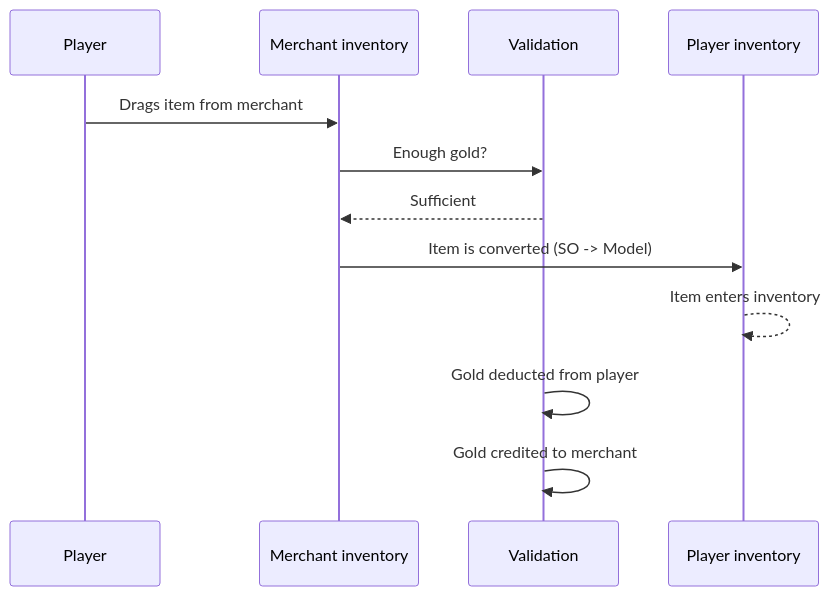
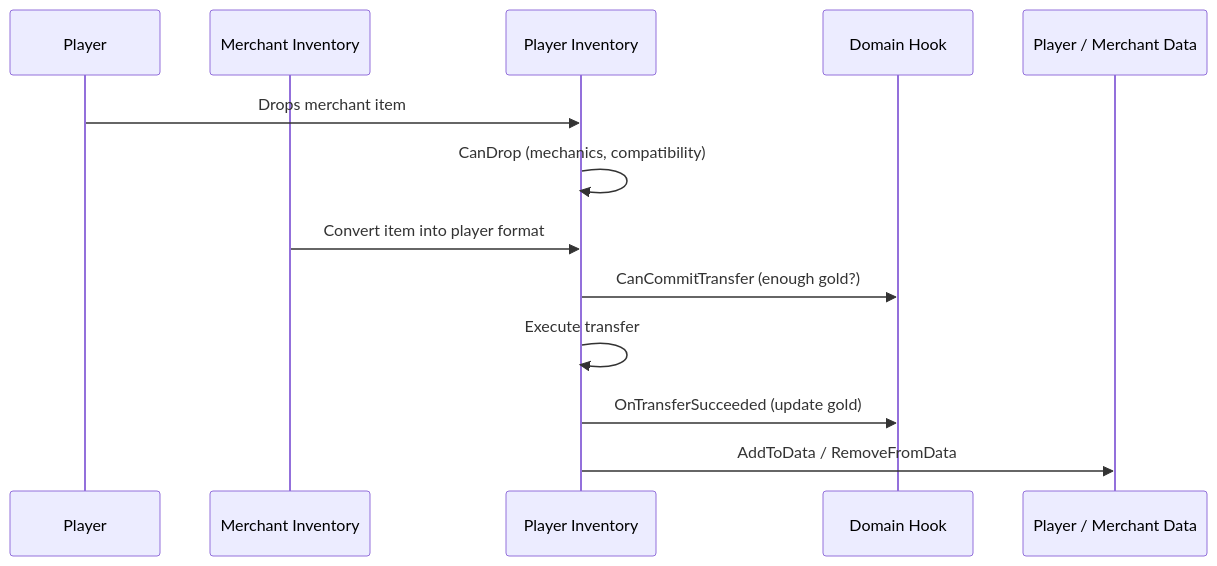
Before and after one commit to SergeevSergey99/DragAndDropSystem-Docs: the second of 2 diagrams in .docs/content/examples/trading.en.md, drawn with Mermaid. The commit also changed other lines of this file and 16 other files, not shown here.

````diff
--- a/.docs/content/examples/trading.en.md
+++ b/.docs/content/examples/trading.en.md
@@ -38,15 +38,16 @@
 ```mermaid
 sequenceDiagram
-    participant P as Player
-    participant M as Merchant inventory
-    participant V as Validation
-    participant PI as Player inventory
+    participant U as Player
+    participant M as Merchant Inventory
+    participant P as Player Inventory
+    participant D as Domain Hook
+    participant Data as Player / Merchant Data
 
-    P->>M: Drags item from merchant
-    M->>V: Enough gold?
-    V-->>M: Sufficient
-    M->>PI: Item is converted (SO -> Model)
-    PI-->>PI: Item enters inventory
-    V->>V: Gold deducted from player
-    V->>V: Gold credited to merchant
+    U->>P: Drops merchant item
+    P->>P: CanDrop (mechanics, compatibility)
+    M->>P: Convert item into player format
+    P->>D: CanCommitTransfer (enough gold?)
+    P->>P: Execute transfer
+    P->>D: OnTransferSucceeded (update gold)
+    P->>Data: AddToData / RemoveFromData
 ```
````
